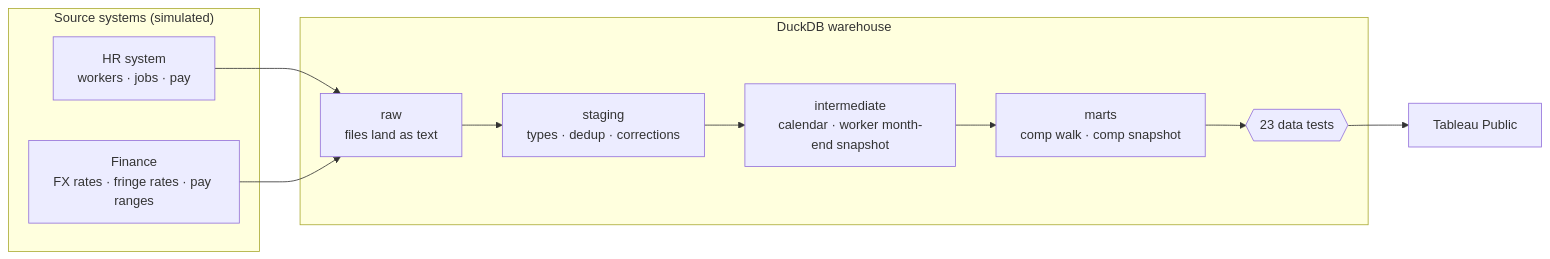
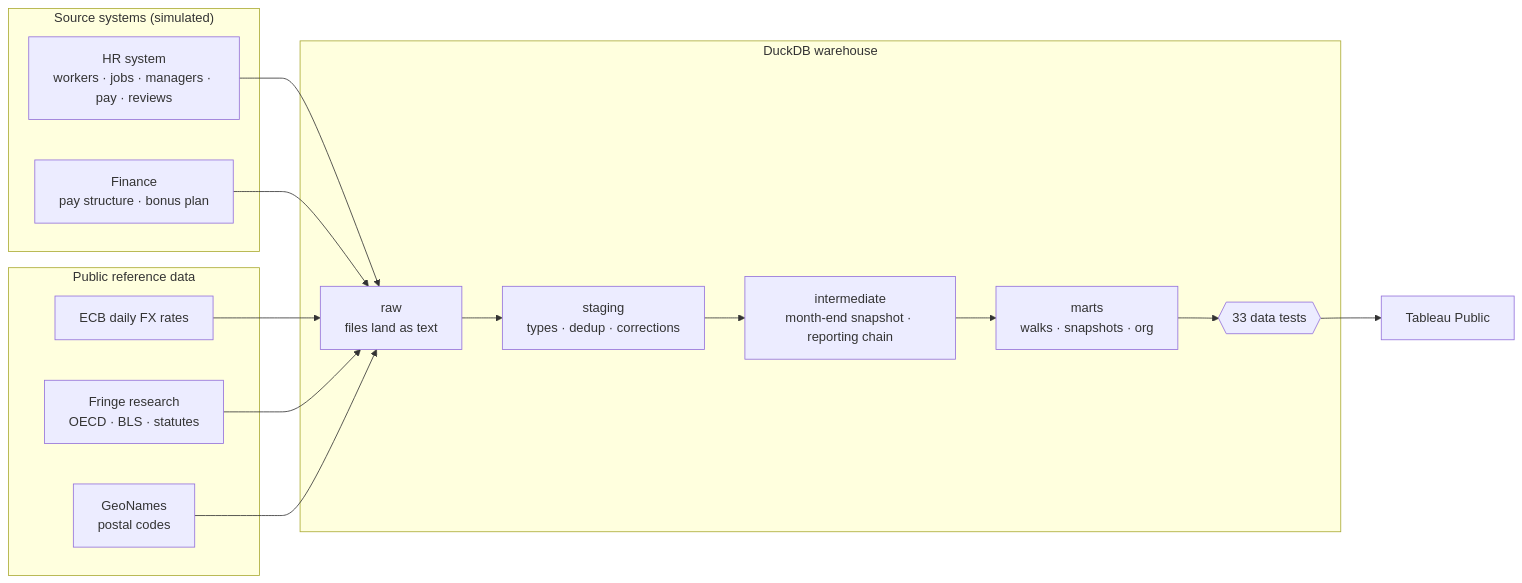
One commit to thialp/people-analytics-warehouse changed the first of 2 diagrams in README.md. Above: the diagram before and after it, drawn with Mermaid. The commit also changed other lines of this file and 104 other files, not shown here.

First line of the commit message:
Org hierarchy, job levels, pay model, real FX and researched fringe

````diff
--- a/README.md
+++ b/README.md
@@ -43,18 +45,26 @@
 ```mermaid
 flowchart LR
     subgraph Sources["Source systems (simulated)"]
-        HR["HR system<br/>workers · jobs · pay"]
-        FIN["Finance<br/>FX rates · fringe rates · pay ranges"]
+        HR["HR system<br/>workers · jobs · managers · pay · reviews"]
+        FIN["Finance<br/>pay structure · bonus plan"]
+    end
+    subgraph Public["Public reference data"]
+        ECB["ECB daily FX rates"]
+        FRG["Fringe research<br/>OECD · BLS · statutes"]
+        GEO["GeoNames<br/>postal codes"]
     end
     subgraph WH["DuckDB warehouse"]
         RAW["raw<br/>files land as text"]
         STG["staging<br/>types · dedup · corrections"]
-        INT["intermediate<br/>calendar · worker month-end snapshot"]
-        MART["marts<br/>comp walk · comp snapshot"]
-        TEST{{"23 data tests"}}
+        INT["intermediate<br/>month-end snapshot · reporting chain"]
+        MART["marts<br/>walks · snapshots · org"]
+        TEST{{"33 data tests"}}
     end
     TAB["Tableau Public"]
     HR --> RAW
     FIN --> RAW
+    ECB --> RAW
+    FRG --> RAW
+    GEO --> RAW
     RAW --> STG --> INT --> MART --> TEST --> TAB
 ```
````
